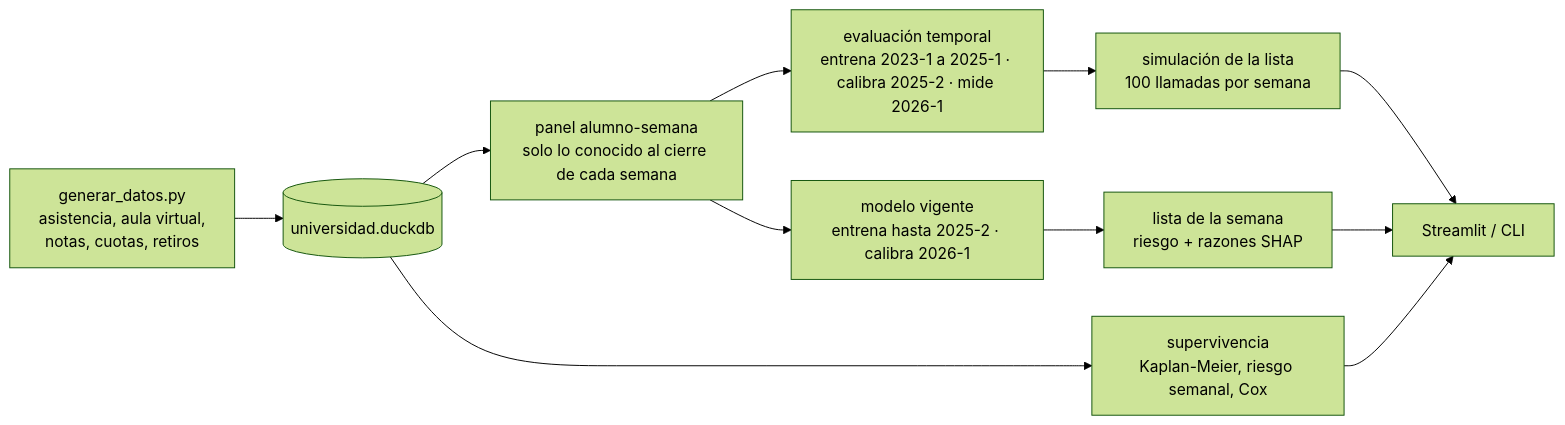
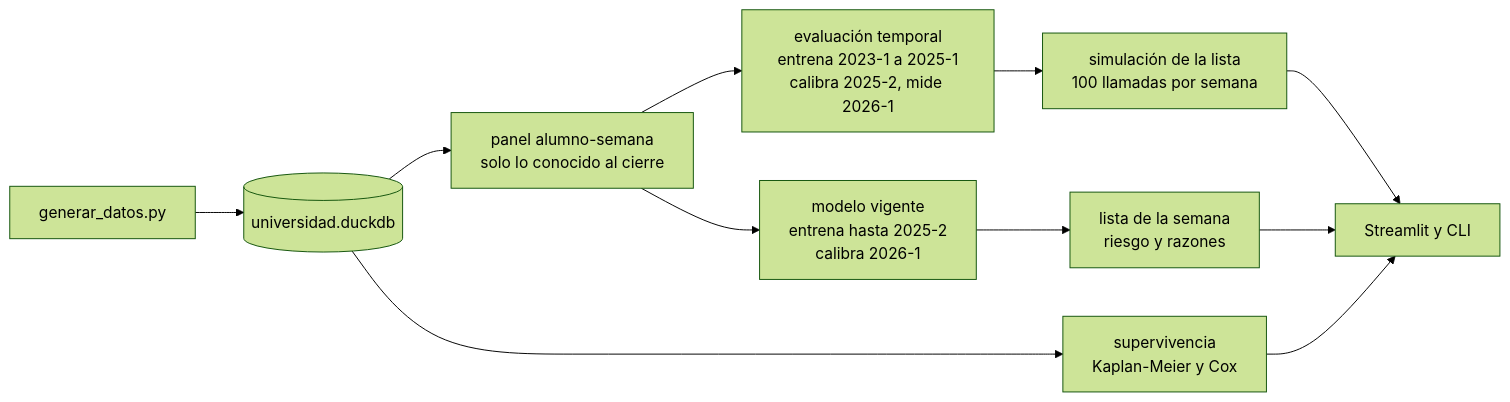
One commit to marcelo-sosa-data/data-ai-lab changed the second of 3 diagrams in proyectos/08-alerta-desercion-universitaria/README.md. Above: the diagram before and after it, drawn with Mermaid (forest theme). The commit also changed other lines of this file and 49 other files, not shown here.

Commit message:
readmes: fuera las capturas, diagramas del proceso en mermaid y texto más directo

````diff
--- a/proyectos/08-alerta-desercion-universitaria/README.md
+++ b/proyectos/08-alerta-desercion-universitaria/README.md
@@ -17,13 +47,13 @@
 ```mermaid
 flowchart LR
-    gen[generar_datos.py<br/>asistencia, aula virtual,<br/>notas, cuotas, retiros] --> db[(universidad.duckdb)]
-    db --> pnl[panel alumno-semana<br/>solo lo conocido al cierre de cada semana]
-    pnl --> ev[evaluación temporal<br/>entrena 2023-1 a 2025-1 · calibra 2025-2 · mide 2026-1]
-    pnl --> vig[modelo vigente<br/>entrena hasta 2025-2 · calibra 2026-1]
+    gen[generar_datos.py] --> db[(universidad.duckdb)]
+    db --> pnl[panel alumno-semana<br/>solo lo conocido al cierre]
+    pnl --> ev[evaluación temporal<br/>entrena 2023-1 a 2025-1<br/>calibra 2025-2, mide 2026-1]
+    pnl --> vig[modelo vigente<br/>entrena hasta 2025-2<br/>calibra 2026-1]
     ev --> sim[simulación de la lista<br/>100 llamadas por semana]
-    vig --> lista[lista de la semana<br/>riesgo + razones SHAP]
-    db --> sv[supervivencia<br/>Kaplan-Meier, riesgo semanal, Cox]
-    sim --> app[Streamlit / CLI]
+    vig --> lista[lista de la semana<br/>riesgo y razones]
+    db --> sv[supervivencia<br/>Kaplan-Meier y Cox]
+    sim --> app[Streamlit y CLI]
     lista --> app
     sv --> app
 ```
````
